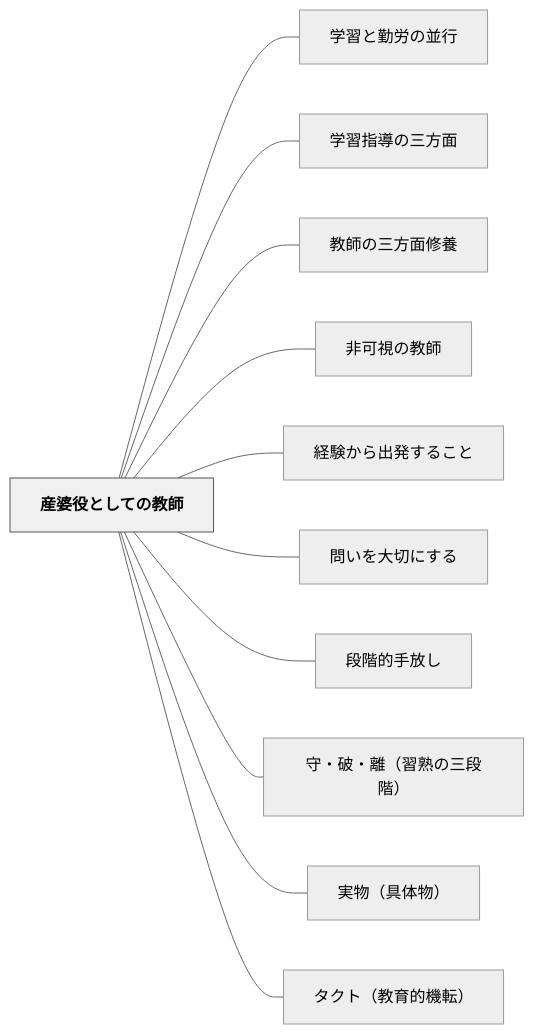
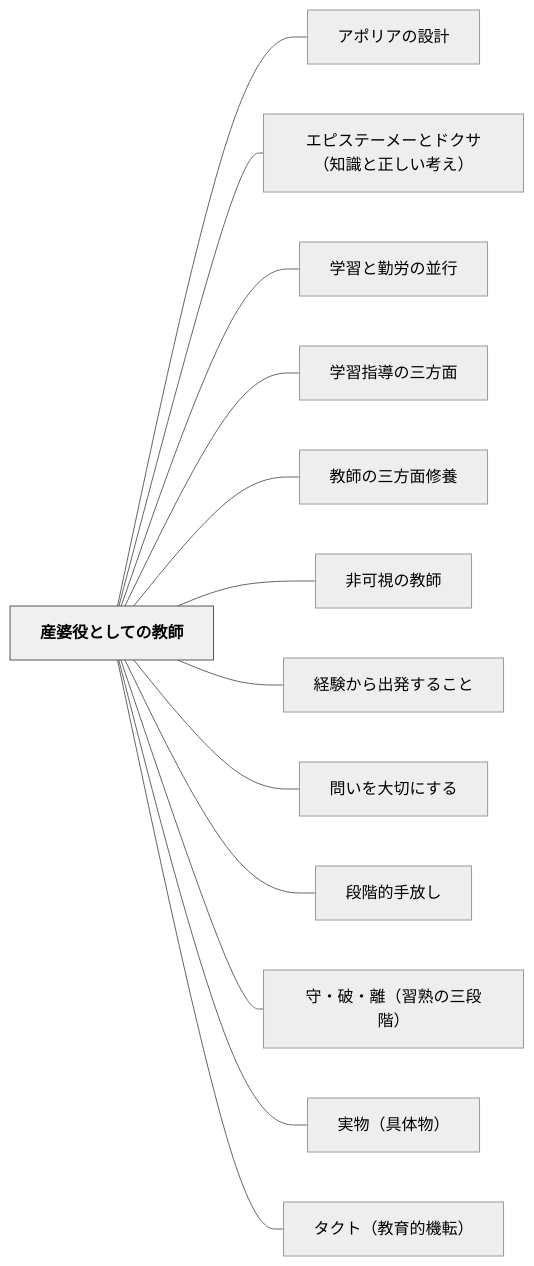
The diagram in content/パタン/産婆役としての教師.md (unknownthings-ed-patterns/unknownthings-ed-patterns), drawn with Mermaid (neutral theme) before and after one commit. The commit also changed other lines of this file and 17 other files, not shown here.

````diff
--- a/content/パタン/産婆役としての教師.md
+++ b/content/パタン/産婆役としての教師.md
@@ -129,28 +156,32 @@
 ```mermaid
 flowchart LR
     ne794a3e5a986e5bdb9e381a8e38197e381a6e381aee69599e5b8ab["産婆役としての教師"]
+    ne382a2e3839de383aae382a2e381aee8a8ade8a888["アポリアの設計"]
+    ne382a8e38394e382b9e38386e383bce383a1e383bce381a8e38389e382afe382b5efbc88e79fa5e8ad98e381a8e6ada3e38197e38184e88083e38188efbc89["エピステーメーとドクサ（知識と正しい考え）"]
     ne5ada6e7bf92e381a8e58ba4e58ab4e381aee4b8a6e8a18c["学習と勤労の並行"]
     ne5ada6e7bf92e68c87e5b08ee381aee4b889e696b9e99da2["学習指導の三方面"]
     ne69599e5b8abe381aee4b889e696b9e99da2e4bfaee9a48a["教師の三方面修養"]
     ne99d9ee58fafe8a696e381aee69599e5b8ab["非可視の教師"]
     ne7b58ce9a893e3818be38289e587bae799bae38199e3828be38193e381a8["経験から出発すること"]
     ne5958fe38184e38292e5a4a7e58887e381abe38199e3828b["問いを大切にする"]
     ne6aeb5e99a8ee79a84e6898be694bee38197["段階的手放し"]
     ne5ae88e383bbe7a0b4e383bbe99ba2efbc88e7bf92e7869fe381aee4b889e6aeb5e99a8eefbc89["守・破・離（習熟の三段階）"]
     ne5ae9fe789a9efbc88e585b7e4bd93e789a9efbc89["実物（具体物）"]
     ne382bfe382afe38388efbc88e69599e882b2e79a84e6a99fe8bba2efbc89["タクト（教育的機転）"]
 
+    ne794a3e5a986e5bdb9e381a8e38197e381a6e381aee69599e5b8ab --- ne382a2e3839de383aae382a2e381aee8a8ade8a888
+    ne794a3e5a986e5bdb9e381a8e38197e381a6e381aee69599e5b8ab --- ne382a8e38394e382b9e38386e383bce383a1e383bce381a8e38389e382afe382b5efbc88e79fa5e8ad98e381a8e6ada3e38197e38184e88083e38188efbc89
     ne794a3e5a986e5bdb9e381a8e38197e381a6e381aee69599e5b8ab --- ne5ada6e7bf92e381a8e58ba4e58ab4e381aee4b8a6e8a18c
     ne794a3e5a986e5bdb9e381a8e38197e381a6e381aee69599e5b8ab --- ne5ada6e7bf92e68c87e5b08ee381aee4b889e696b9e99da2
     ne794a3e5a986e5bdb9e381a8e38197e381a6e381aee69599e5b8ab --- ne69599e5b8abe381aee4b889e696b9e99da2e4bfaee9a48a
     ne794a3e5a986e5bdb9e381a8e38197e381a6e381aee69599e5b8ab --- ne99d9ee58fafe8a696e381aee69599e5b8ab
     ne794a3e5a986e5bdb9e381a8e38197e381a6e381aee69599e5b8ab --- ne7b58ce9a893e3818be38289e587bae799bae38199e3828be38193e381a8
     ne794a3e5a986e5bdb9e381a8e38197e381a6e381aee69599e5b8ab --- ne5958fe38184e38292e5a4a7e58887e381abe38199e3828b
     ne794a3e5a986e5bdb9e381a8e38197e381a6e381aee69599e5b8ab --- ne6aeb5e99a8ee79a84e6898be694bee38197
     ne794a3e5a986e5bdb9e381a8e38197e381a6e381aee69599e5b8ab --- ne5ae88e383bbe7a0b4e383bbe99ba2efbc88e7bf92e7869fe381aee4b889e6aeb5e99a8eefbc89
     ne794a3e5a986e5bdb9e381a8e38197e381a6e381aee69599e5b8ab --- ne5ae9fe789a9efbc88e585b7e4bd93e789a9efbc89
     ne794a3e5a986e5bdb9e381a8e38197e381a6e381aee69599e5b8ab --- ne382bfe382afe38388efbc88e69599e882b2e79a84e6a99fe8bba2efbc89
 
     classDef hub fill:#f0f0f0,stroke:#555,color:#000,font-weight:bold
     class ne794a3e5a986e5bdb9e381a8e38197e381a6e381aee69599e5b8ab hub
 ```
````
